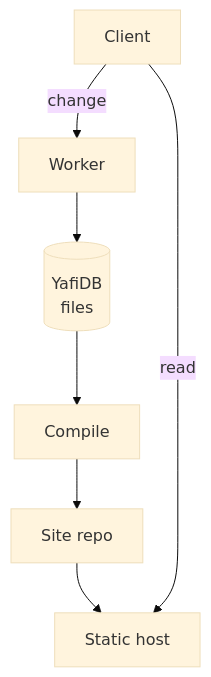
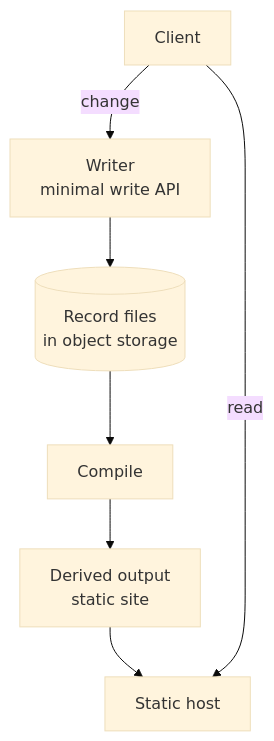
The diagram in docs/static-site.md (bristweb/yafidb), drawn with Mermaid (base theme) before and after one commit. The commit also changed other lines of this file and 17 other files, not shown here.

````diff
--- a/docs/static-site.md
+++ b/docs/static-site.md
@@ -13,10 +16,10 @@
 ```mermaid
 flowchart TB
     C[Client]
-    C -->|change| W[Worker]
-    W --> F[(YafiDB<br/>files)]
+    C -->|change| W[Writer<br/>minimal write API]
+    W --> F[(Record files<br/>in object storage)]
     F --> K[Compile]
-    K --> R[Site repo]
-    R --> H[Static host]
+    K --> S[Derived output<br/>static site]
+    S --> H[Static host]
     C -->|read| H
 ```
````
